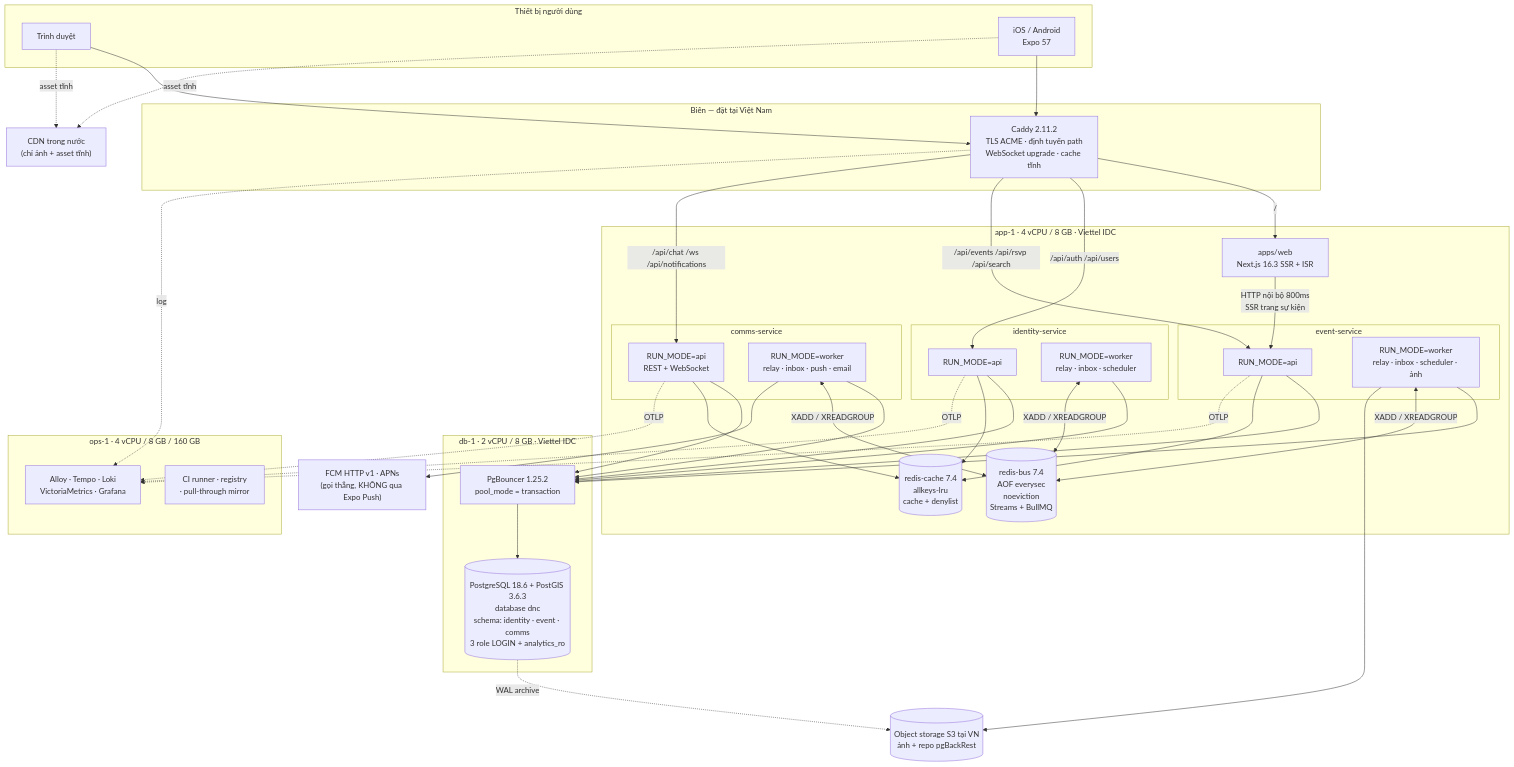
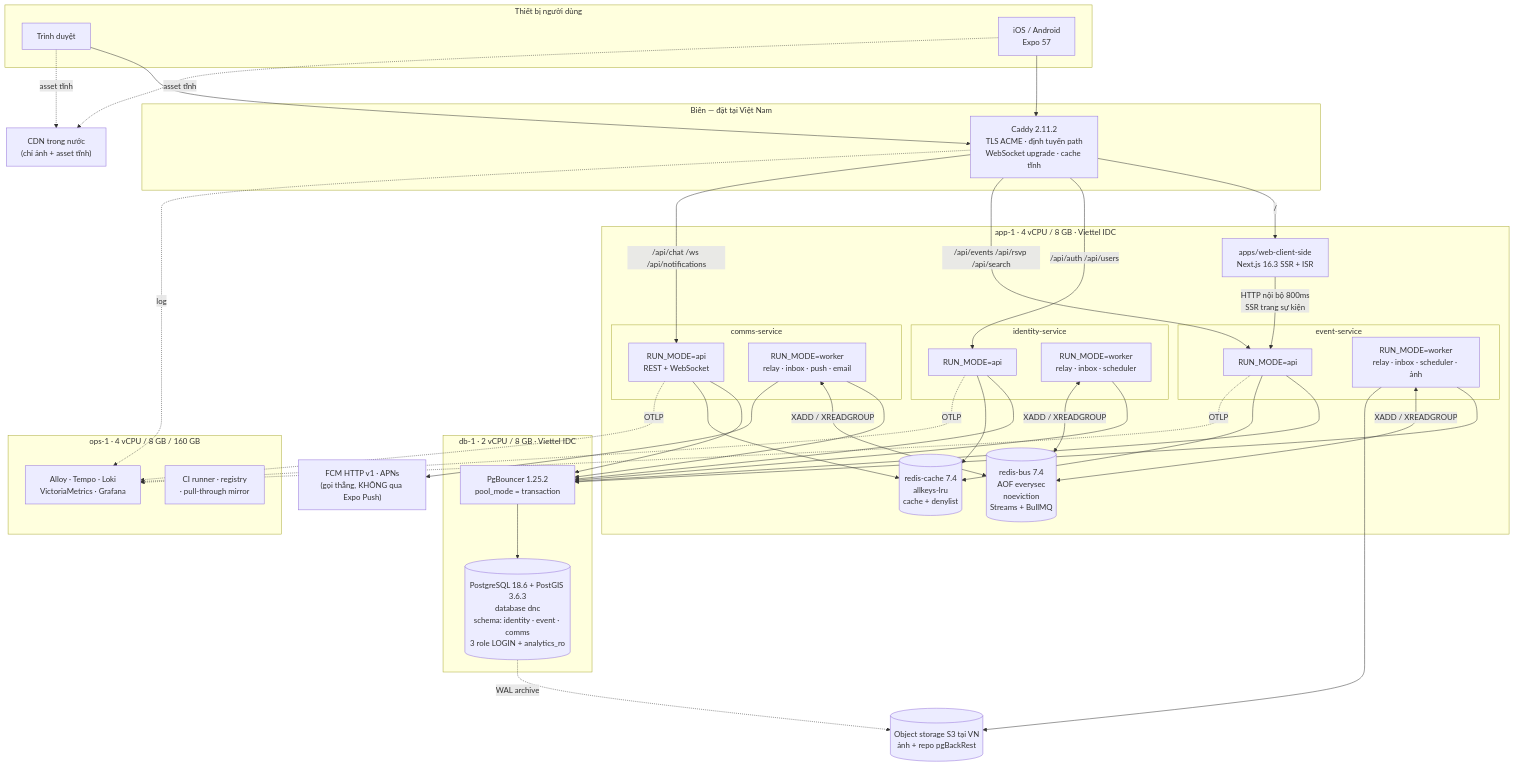
Before and after one commit to DangNH2512/vncare: the first of 6 diagrams in docs/analysis/12-kien-truc-microservices.md, drawn with Mermaid. The commit also changed other lines of this file and 106 other files, not shown here.

First line of the commit message:
feat(web-client): initialize web client-side application with Next.js 16 and Tailwind CSS

```diff
--- a/docs/analysis/12-kien-truc-microservices.md
+++ b/docs/analysis/12-kien-truc-microservices.md
@@ -110,7 +110,7 @@
     CDNSTATIC["CDN trong nước<br/>(chỉ ảnh + asset tĩnh)"]
 
     subgraph app1["app-1 · 4 vCPU / 8 GB · Viettel IDC"]
-        NEXT["apps/web<br/>Next.js 16.3 SSR + ISR"]
+        NEXT["apps/web-client-side<br/>Next.js 16.3 SSR + ISR"]
 
         subgraph idsvc["identity-service"]
             IDAPI["RUN_MODE=api"]
```
